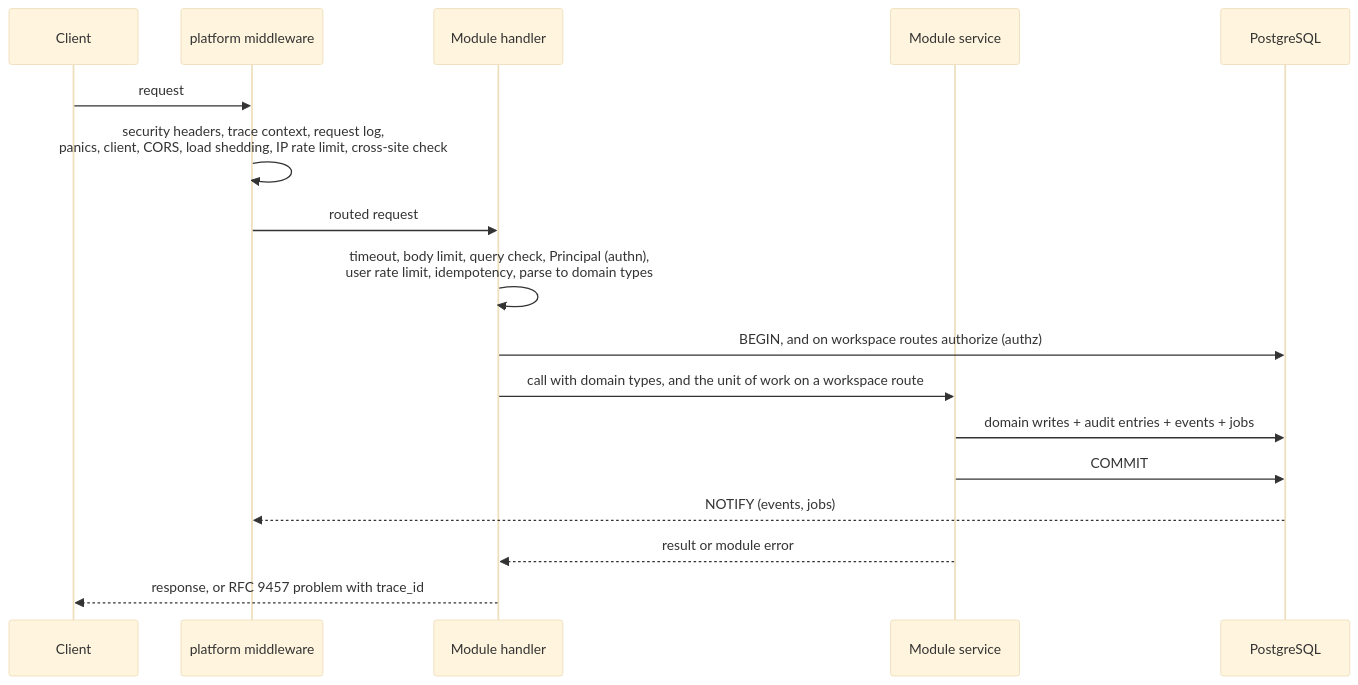
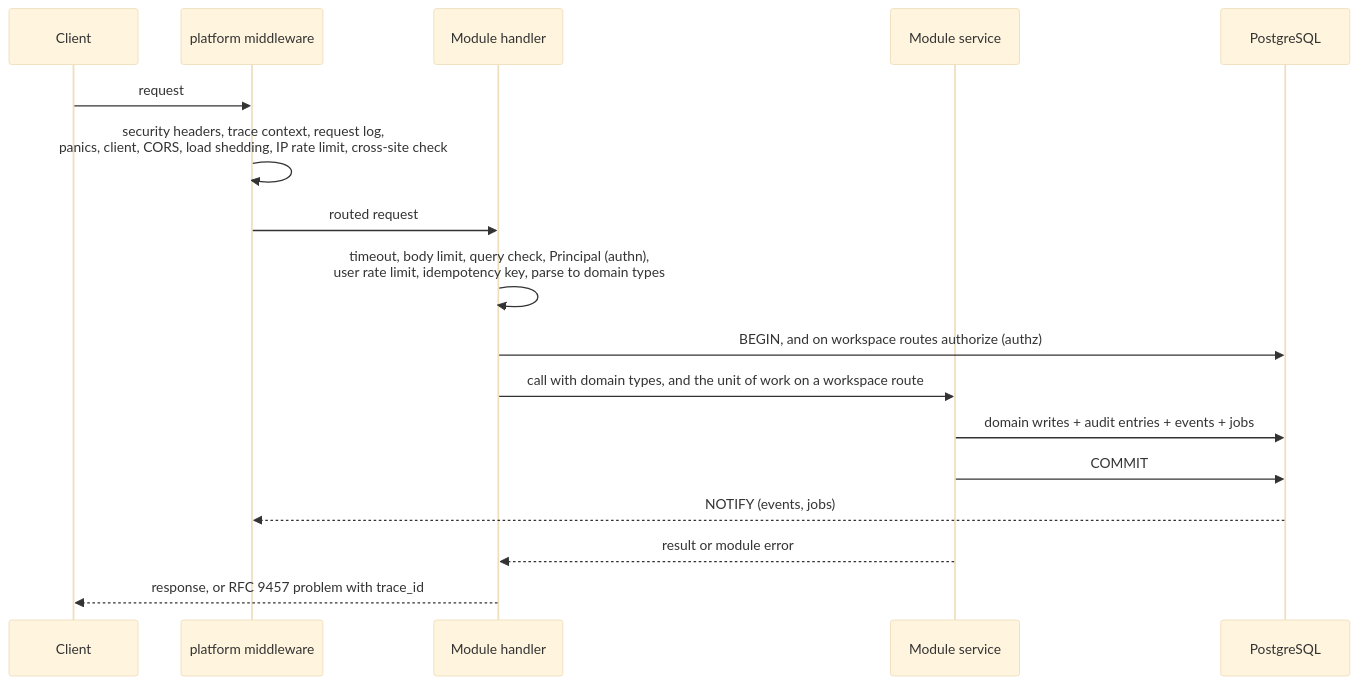
One commit to Grebyn35/AntWorker-API-Rust changed the third of 3 diagrams in docs/architecture.md. Above: the diagram before and after it, drawn with Mermaid (base theme). The commit also changed other lines of this file and 10 other files, not shown here.

````diff
--- a/docs/architecture.md
+++ b/docs/architecture.md
@@ -199,19 +199,19 @@
 ```mermaid
 sequenceDiagram
   participant C as Client
   participant P as platform middleware
   participant H as Module handler
   participant S as Module service
   participant DB as PostgreSQL
   C->>P: request
   P->>P: security headers, trace context, request log,<br/>panics, client, CORS, load shedding, IP rate limit, cross-site check
   P->>H: routed request
-  H->>H: timeout, body limit, query check, Principal (authn),<br/>user rate limit, idempotency, parse to domain types
+  H->>H: timeout, body limit, query check, Principal (authn),<br/>user rate limit, idempotency key, parse to domain types
   H->>DB: BEGIN, and on workspace routes authorize (authz)
   H->>S: call with domain types, and the unit of work on a workspace route
   S->>DB: domain writes + audit entries + events + jobs
   S->>DB: COMMIT
   DB-->>P: NOTIFY (events, jobs)
   S-->>H: result or module error
   H-->>C: response, or RFC 9457 problem with trace_id
 ```
````
